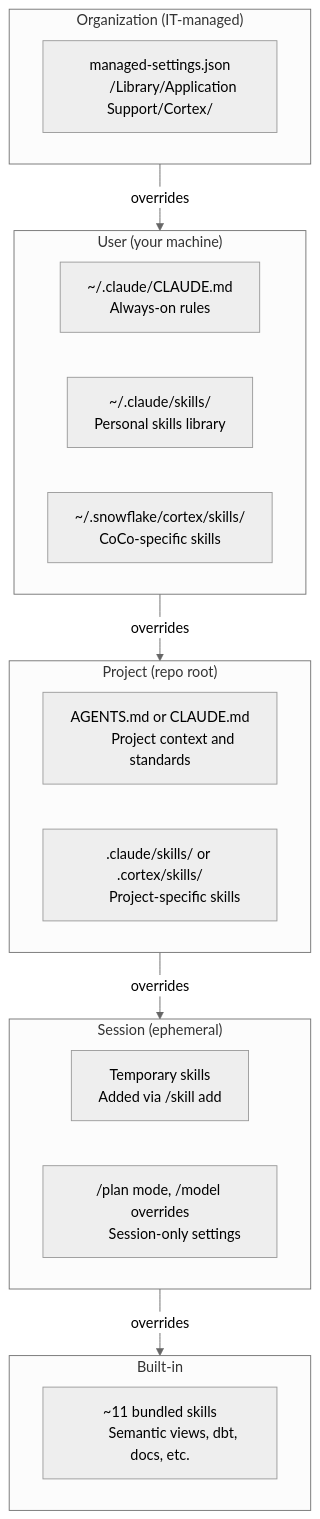
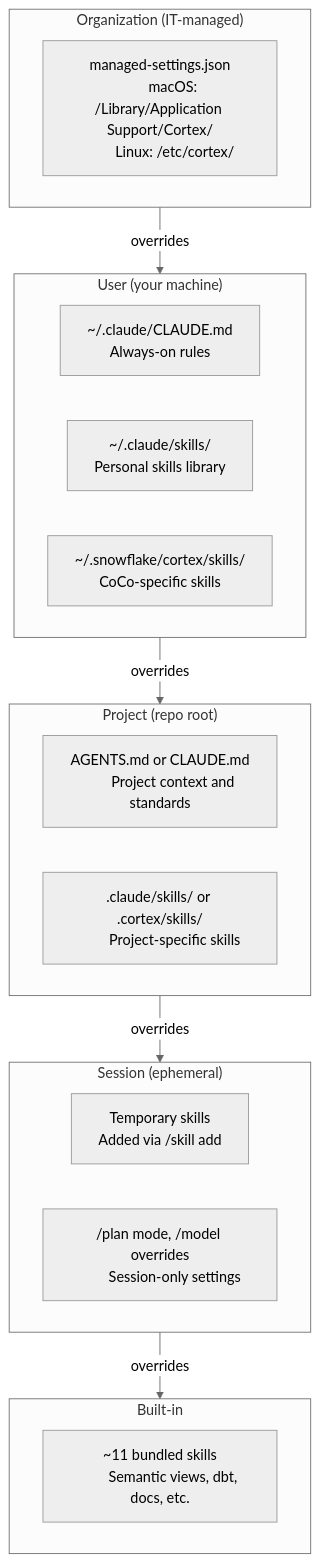
One commit to sfc-gh-miwhitaker/sfe-public changed the first of 3 diagrams in guide-coco-setup/diagrams/guidance-hierarchy.md. Above: the diagram before and after it, drawn with Mermaid (neutral theme). The commit also changed other lines of this file and 10 other files, not shown here.

````diff
--- a/guide-coco-setup/diagrams/guidance-hierarchy.md
+++ b/guide-coco-setup/diagrams/guidance-hierarchy.md
@@ -5,40 +5,41 @@
 ```mermaid
 flowchart TB
     subgraph org ["Organization (IT-managed)"]
         ManagedSettings["managed-settings.json
-        /Library/Application Support/Cortex/"]
+        macOS: /Library/Application Support/Cortex/
+        Linux: /etc/cortex/"]
     end
 
     subgraph user ["User (your machine)"]
         UserClaude["~/.claude/CLAUDE.md
         Always-on rules"]
         UserSkills["~/.claude/skills/
         Personal skills library"]
         UserCortex["~/.snowflake/cortex/skills/
         CoCo-specific skills"]
     end
 
     subgraph project ["Project (repo root)"]
         AgentsMd["AGENTS.md or CLAUDE.md
         Project context and standards"]
         ProjectSkills[".claude/skills/ or .cortex/skills/
         Project-specific skills"]
     end
 
     subgraph session ["Session (ephemeral)"]
         TempSkills["Temporary skills
         Added via /skill add"]
         SessionConfig["/plan mode, /model overrides
         Session-only settings"]
     end
 
     subgraph builtin ["Built-in"]
         BundledSkills["~11 bundled skills
         Semantic views, dbt, docs, etc."]
     end
 
     org -->|"overrides"| user
     user -->|"overrides"| project
     project -->|"overrides"| session
     session -->|"overrides"| builtin
 ```
````
